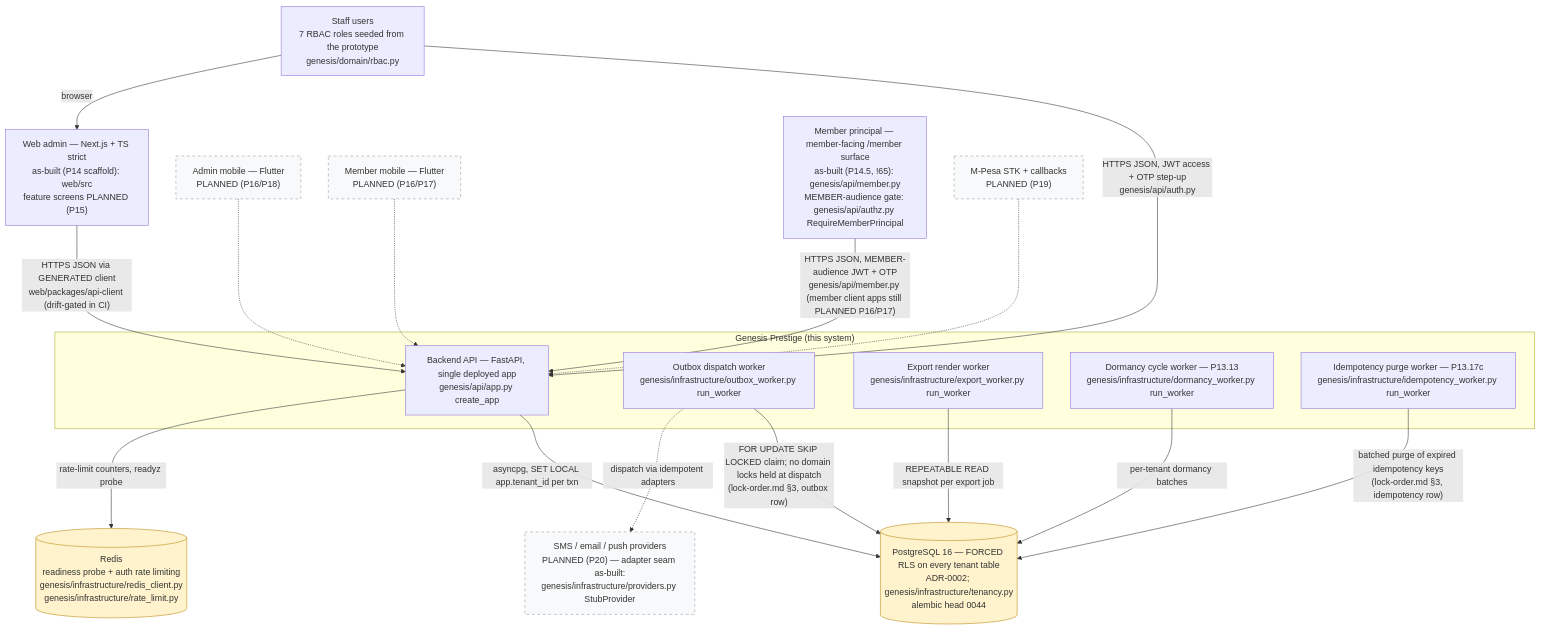
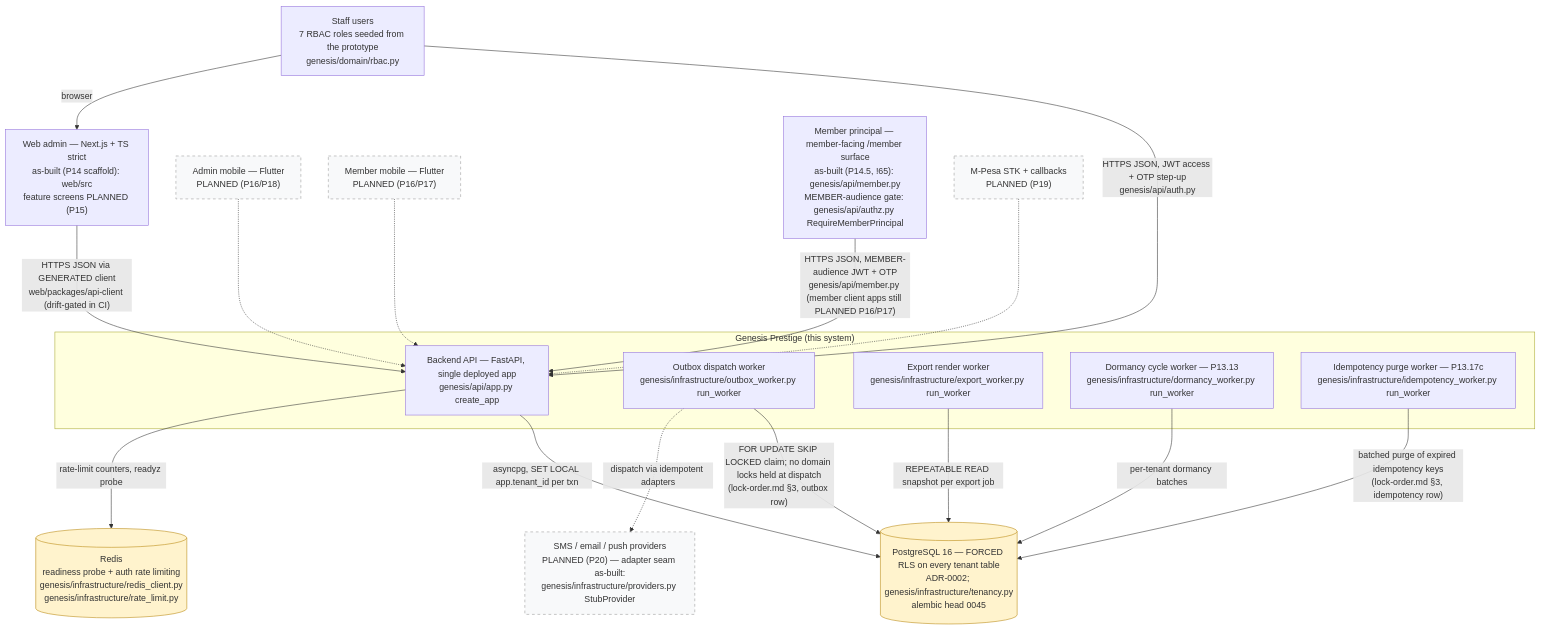
The diagram in docs/diagrams/c4-context.md (Benson-Kim/genesis-sacco-core), drawn with Mermaid before and after one commit. The commit also changed other lines of this file and 6 other files, not shown here.

````diff
--- a/docs/diagrams/c4-context.md
+++ b/docs/diagrams/c4-context.md
@@ -75,46 +79,46 @@
 ```mermaid
 flowchart TB
     %% Authored against main @ 08541b860f1445b16c342c39b6606d86b9dbeb17
     %% L1 context — as-built boxes cite genesis modules; dashed = PLANNED (Pn).
 
     STAFF["Staff users<br/>7 RBAC roles seeded from the prototype<br/>genesis/domain/rbac.py"]
 
     subgraph SYS["Genesis Prestige (this system)"]
         API["Backend API — FastAPI, single deployed app<br/>genesis/api/app.py create_app"]
         OBW["Outbox dispatch worker<br/>genesis/infrastructure/outbox_worker.py run_worker"]
         EXW["Export render worker<br/>genesis/infrastructure/export_worker.py run_worker"]
         DMW["Dormancy cycle worker — P13.13<br/>genesis/infrastructure/dormancy_worker.py run_worker"]
         IDW["Idempotency purge worker — P13.17c<br/>genesis/infrastructure/idempotency_worker.py run_worker"]
     end
 
-    PG[("PostgreSQL 16 — FORCED RLS on every tenant table<br/>ADR-0002; genesis/infrastructure/tenancy.py<br/>alembic head 0044")]
+    PG[("PostgreSQL 16 — FORCED RLS on every tenant table<br/>ADR-0002; genesis/infrastructure/tenancy.py<br/>alembic head 0045")]
     RD[("Redis<br/>readiness probe + auth rate limiting<br/>genesis/infrastructure/redis_client.py<br/>genesis/infrastructure/rate_limit.py")]
 
     WEB["Web admin — Next.js + TS strict<br/>as-built (P14 scaffold): web/src<br/>feature screens PLANNED (P15)"]
     ADM["Admin mobile — Flutter<br/>PLANNED (P16/P18)"]
     MEM["Member mobile — Flutter<br/>PLANNED (P16/P17)"]
     MPR["Member principal — member-facing /member surface<br/>as-built (P14.5, !65): genesis/api/member.py<br/>MEMBER-audience gate: genesis/api/authz.py RequireMemberPrincipal"]
     MPESA["M-Pesa STK + callbacks<br/>PLANNED (P19)"]
     PROV["SMS / email / push providers<br/>PLANNED (P20) — adapter seam as-built:<br/>genesis/infrastructure/providers.py StubProvider"]
 
     STAFF -->|"HTTPS JSON, JWT access + OTP step-up<br/>genesis/api/auth.py"| API
     API -->|"asyncpg, SET LOCAL app.tenant_id per txn"| PG
     API -->|"rate-limit counters, readyz probe"| RD
     OBW -->|"FOR UPDATE SKIP LOCKED claim; no domain locks held at dispatch<br/>(lock-order.md §3, outbox row)"| PG
     EXW -->|"REPEATABLE READ snapshot per export job"| PG
     DMW -->|"per-tenant dormancy batches"| PG
     IDW -->|"batched purge of expired idempotency keys<br/>(lock-order.md §3, idempotency row)"| PG
     OBW -.->|"dispatch via idempotent adapters"| PROV
 
     STAFF -->|"browser"| WEB
     WEB -->|"HTTPS JSON via GENERATED client<br/>web/packages/api-client (drift-gated in CI)"| API
     ADM -.-> API
     MEM -.-> API
     MPR -->|"HTTPS JSON, MEMBER-audience JWT + OTP<br/>genesis/api/member.py (member client apps still PLANNED P16/P17)"| API
     MPESA -.-> API
 
     classDef planned fill:#f8f9fa,stroke:#999,stroke-dasharray: 5 5;
     class ADM,MEM,MPESA,PROV planned;
     classDef store fill:#fff3cd,stroke:#b8860b;
     class PG,RD store;
 ```
````
